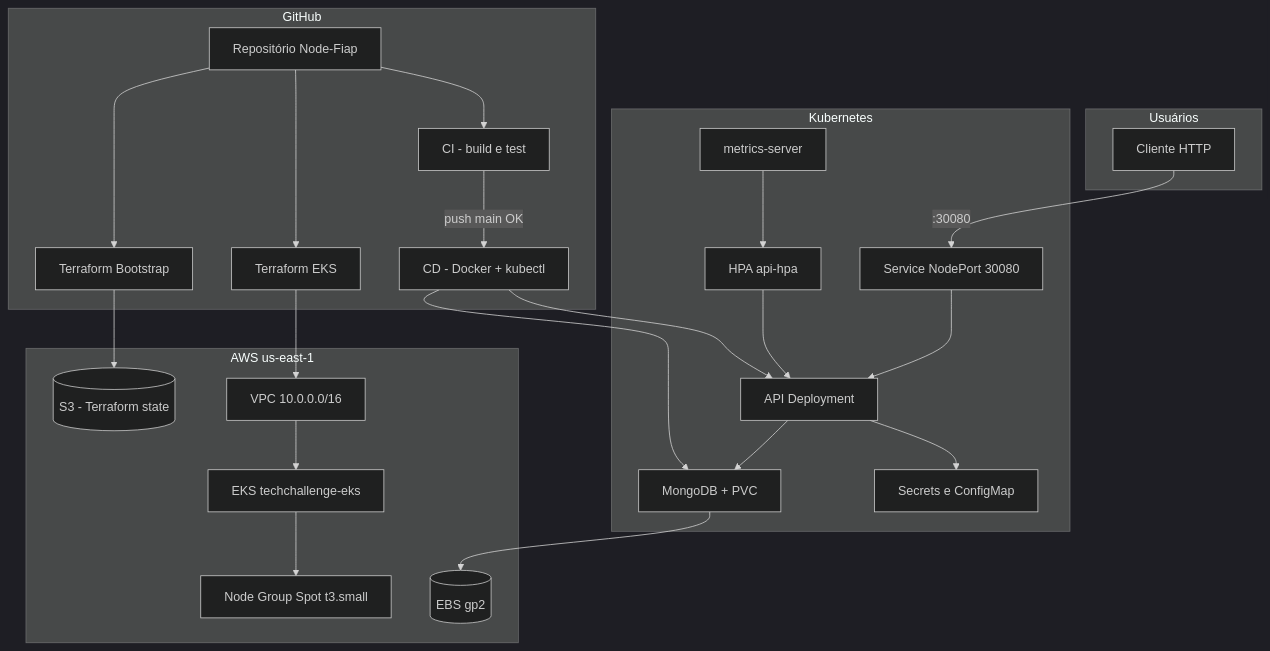
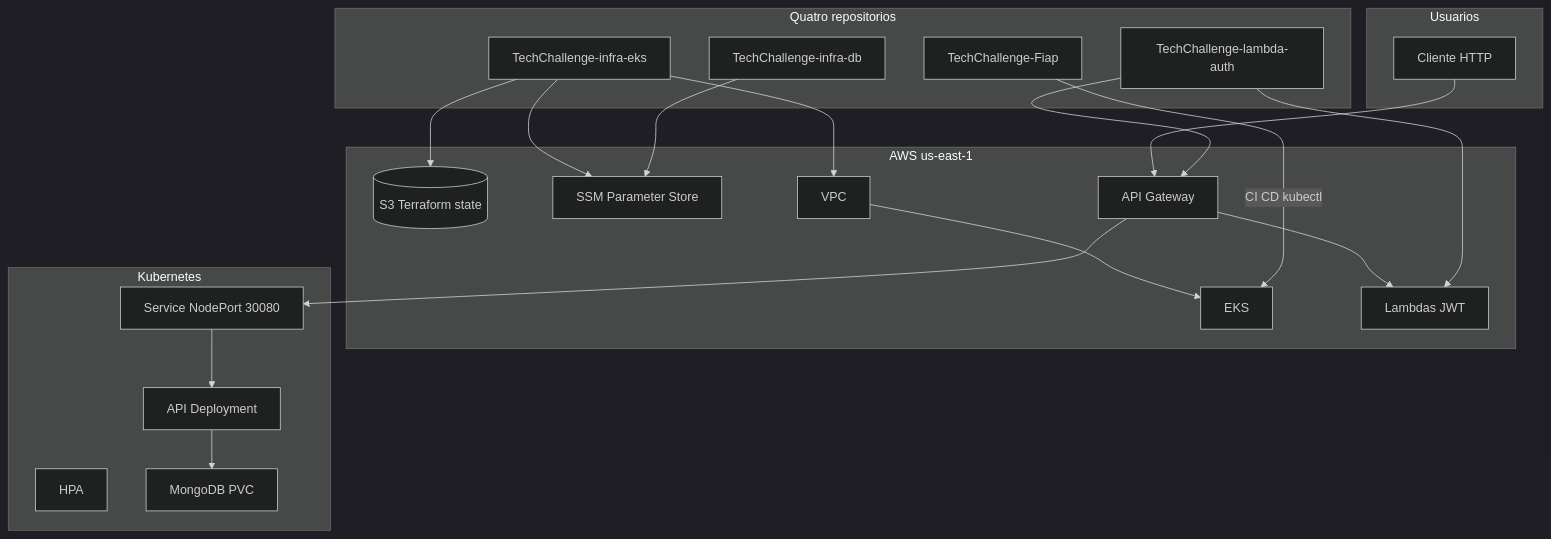
One commit to RuannGodinho/TechChallenge-Fiap changed the diagram in docs/ARQUITETURA.md. Above: the diagram before and after it, drawn with Mermaid (dark theme). The commit also changed other lines of this file and 52 other files, not shown here.

First line of the commit message:
Extract Lambda, EKS, and DB stacks into sibling repositories.

````diff
--- a/docs/ARQUITETURA.md
+++ b/docs/ARQUITETURA.md
@@ -27,46 +29,42 @@
 ```mermaid
 flowchart TB
-  subgraph users [Usuários]
+  subgraph users [Usuarios]
     Client[Cliente HTTP]
   end
 
-  subgraph github [GitHub]
-    Repo[Repositório Node-Fiap]
-    CI[CI - build e test]
-    CD[CD - Docker + kubectl]
-    TFBootstrap[Terraform Bootstrap]
-    TF[Terraform EKS]
+  subgraph repos [Quatro repositorios]
+    AppRepo[TechChallenge-Fiap]
+    EksRepo[TechChallenge-infra-eks]
+    LamRepo[TechChallenge-lambda-auth]
+    DbRepo[TechChallenge-infra-db]
   end
 
   subgraph aws [AWS us-east-1]
-    S3[(S3 - Terraform state)]
-    VPC[VPC 10.0.0.0/16]
-    EKS[EKS techchallenge-eks]
-    Nodes[Node Group Spot t3.small]
-    EBS[(EBS gp2)]
+    S3[(S3 Terraform state)]
+    SSM[SSM Parameter Store]
+    VPC[VPC]
+    EKS[EKS]
+    APIGW[API Gateway]
+    LAMBDA[Lambdas JWT]
   end
 
   subgraph cluster [Kubernetes]
     SVC[Service NodePort 30080]
     API[API Deployment]
-    HPA[HPA api-hpa]
-    MS[metrics-server]
-    Mongo[MongoDB + PVC]
-    Secrets[Secrets e ConfigMap]
+    HPA[HPA]
+    Mongo[MongoDB PVC]
   end
 
-  Client -->|":30080"| SVC
+  Client --> APIGW
+  APIGW --> LAMBDA
+  APIGW --> SVC
   SVC --> API
-  HPA --> API
-  MS --> HPA
   API --> Mongo
-  API --> Secrets
-  Mongo --> EBS
-
-  Repo --> CI
-  CI -->|push main OK| CD
-  Repo --> TFBootstrap --> S3
-  Repo --> TF --> VPC --> EKS --> Nodes
-  CD --> API
-  CD --> Mongo
+  EksRepo --> S3
+  EksRepo --> VPC --> EKS
+  EksRepo --> SSM
+  LamRepo --> APIGW
+  LamRepo --> LAMBDA
+  DbRepo --> SSM
+  AppRepo -->|CI CD kubectl| EKS
 ```
````
